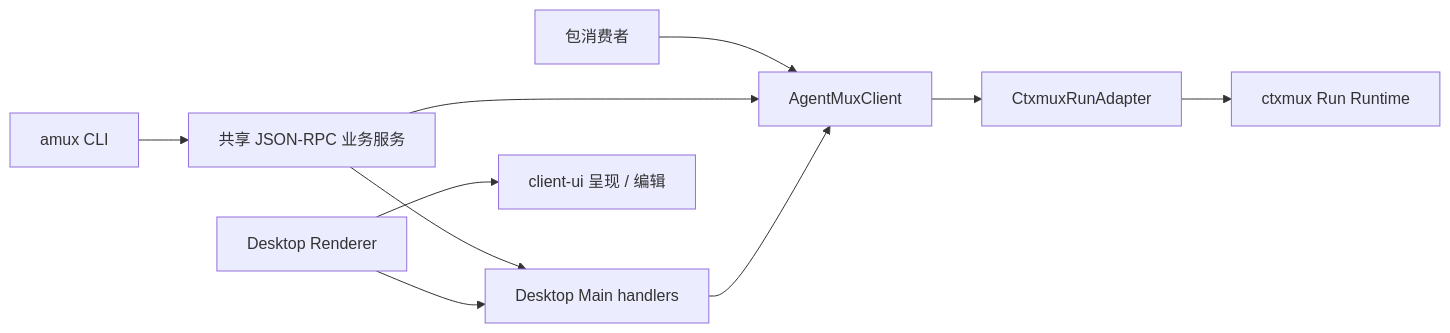
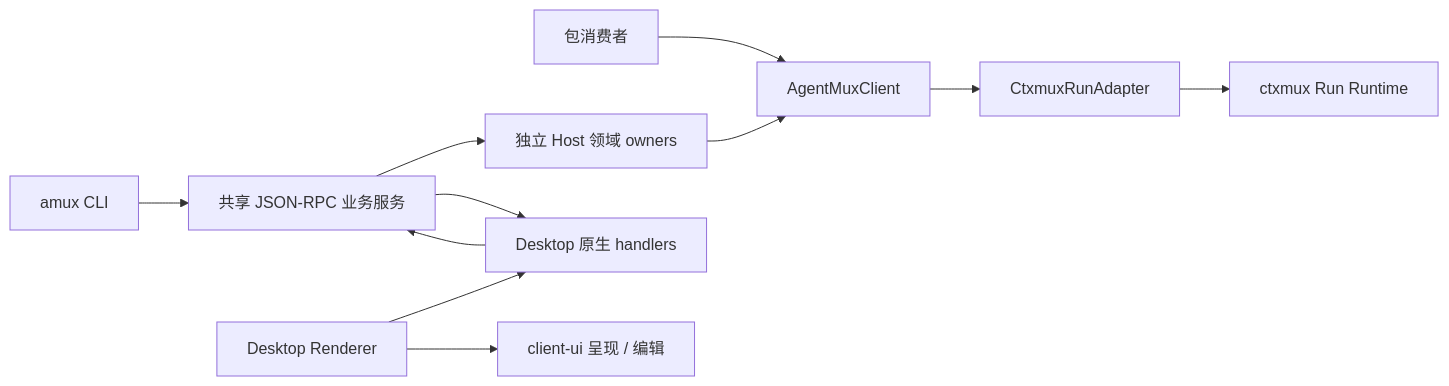
The diagram in docs/architecture/system-ownership.md (bagakit/agentmux), drawn with Mermaid before and after one commit. The commit also changed other lines of this file and 2 other files, not shown here.

First line of the commit message:
docs(architecture): locate portable content in the original Host

````diff
--- a/docs/architecture/system-ownership.md
+++ b/docs/architecture/system-ownership.md
@@ -63,12 +64,13 @@
 ```mermaid
 flowchart LR
   Package["包消费者"] --> Core["AgentMuxClient"]
   CLI["amux CLI"] --> Service["共享 JSON-RPC 业务服务"]
-  Service --> Main["Desktop Main handlers"]
-  Service --> Core
+  Service --> Host["独立 Host 领域 owners"]
+  Service --> Main["Desktop 原生 handlers"]
+  Host --> Core
   Renderer["Desktop Renderer"] --> Main
   Renderer --> SharedUI["client-ui 呈现 / 编辑"]
-  Main --> Core
+  Main --> Service
   Core --> Adapter["CtxmuxRunAdapter"]
   Adapter --> Runtime["ctxmux Run Runtime"]
 ```
````
